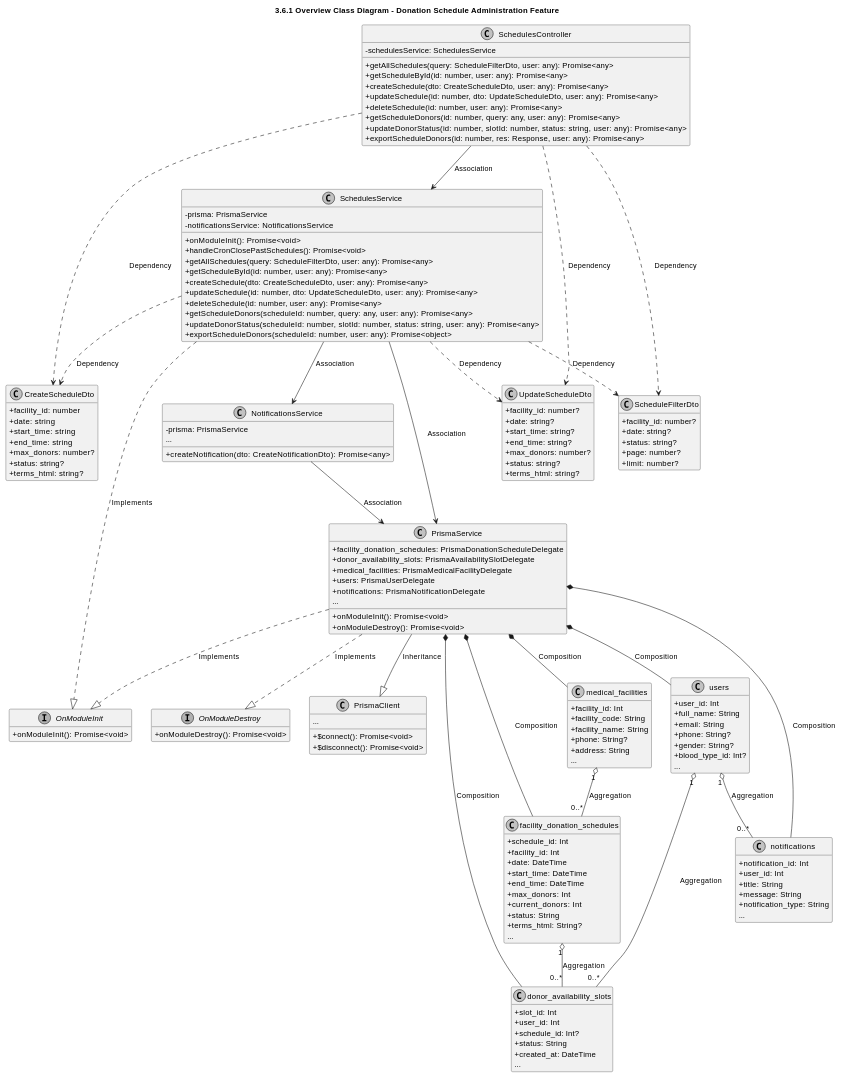
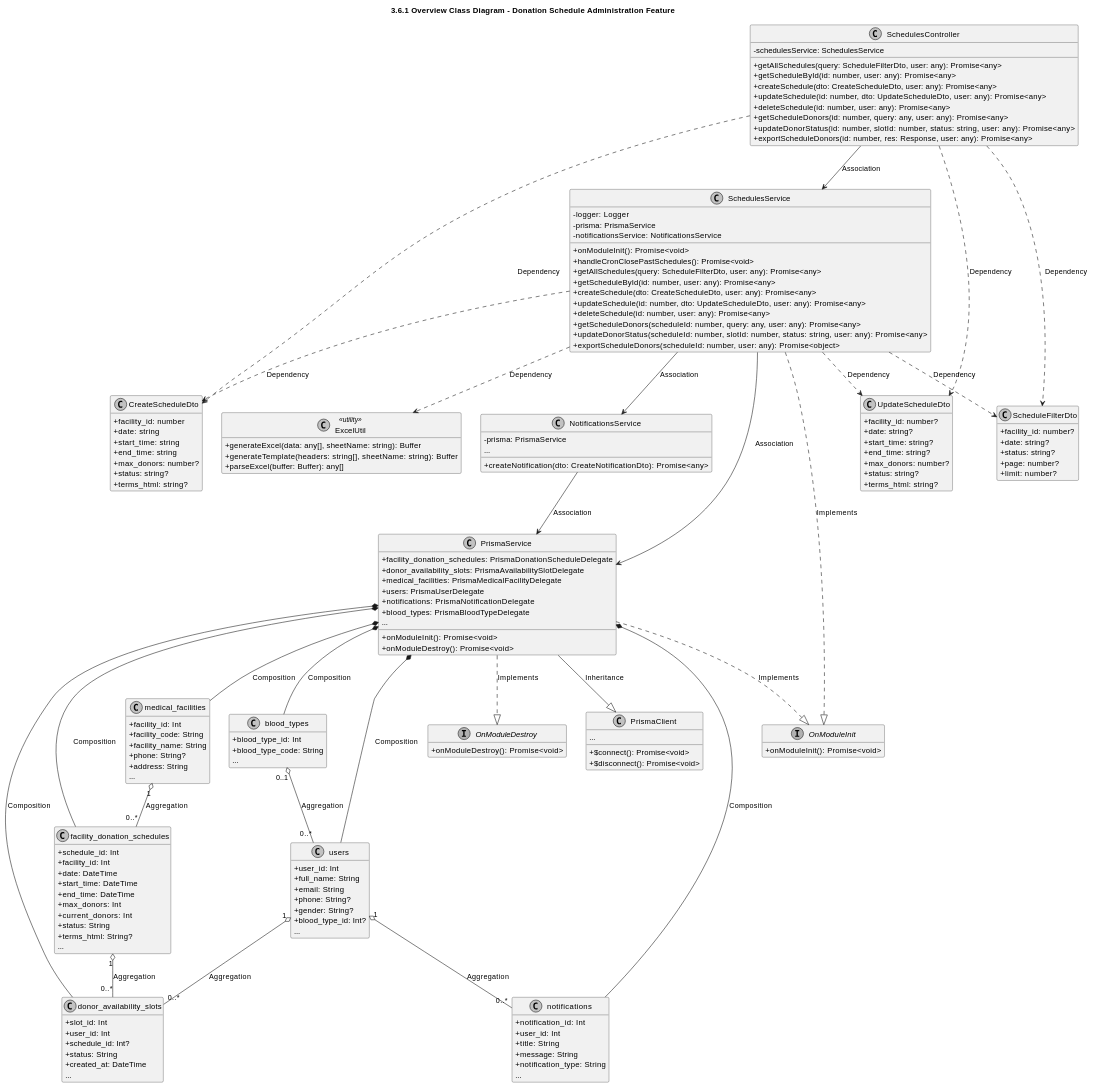
The first of 3 diagrams in modules_plantuml/06_schedules.md (CuongBC195/class-diagram-donation-blood), drawn with PlantUML before and after one commit. The commit also changed other lines of this file and 30 other files, not shown here.

Commit message:
fix(diagrams): achieve 100% capstone alignment with backend source code across all 13 modules

````diff
--- a/modules_plantuml/06_schedules.md
+++ b/modules_plantuml/06_schedules.md
@@ -53,6 +53,7 @@
 }
 
 class SchedulesService {
+  -logger: Logger
   -prisma: PrismaService
   -notificationsService: NotificationsService
   +onModuleInit(): Promise<void>
@@ -71,6 +72,18 @@
   -prisma: PrismaService
   +createNotification(dto: CreateNotificationDto): Promise<any>
   ...
+}
+
+class blood_types {
+  +blood_type_id: Int
+  +blood_type_code: String
+  ...
+}
+
+class ExcelUtil <<utility>> {
+  +generateExcel(data: any[], sheetName: string): Buffer
+  +generateTemplate(headers: string[], sheetName: string): Buffer
+  +parseExcel(buffer: Buffer): any[]
 }
 
 interface OnModuleInit {
@@ -93,6 +106,7 @@
   +medical_facilities: PrismaMedicalFacilityDelegate
   +users: PrismaUserDelegate
   +notifications: PrismaNotificationDelegate
+  +blood_types: PrismaBloodTypeDelegate
   ...
   +onModuleInit(): Promise<void>
   +onModuleDestroy(): Promise<void>
@@ -158,6 +172,7 @@
 SchedulesService ..> ScheduleFilterDto : Dependency
 SchedulesService ..> CreateScheduleDto : Dependency
 SchedulesService ..> UpdateScheduleDto : Dependency
+SchedulesService ..> ExcelUtil : Dependency
 NotificationsService --> PrismaService : Association
 PrismaService --|> PrismaClient : Inheritance
 PrismaService ..|> OnModuleInit : Implements
@@ -167,9 +182,11 @@
 PrismaService *-- medical_facilities : Composition
 PrismaService *-- users : Composition
 PrismaService *-- notifications : Composition
+PrismaService *-- blood_types : Composition
 medical_facilities "1" o-- "0..*" facility_donation_schedules : Aggregation
 facility_donation_schedules "1" o-- "0..*" donor_availability_slots : Aggregation
 users "1" o-- "0..*" donor_availability_slots : Aggregation
 users "1" o-- "0..*" notifications : Aggregation
+blood_types "0..1" o-- "0..*" users : Aggregation
 @enduml
 ```
````
